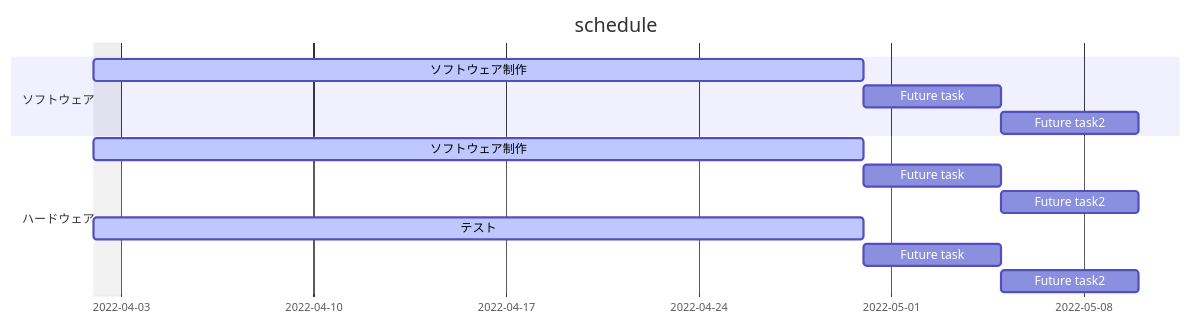
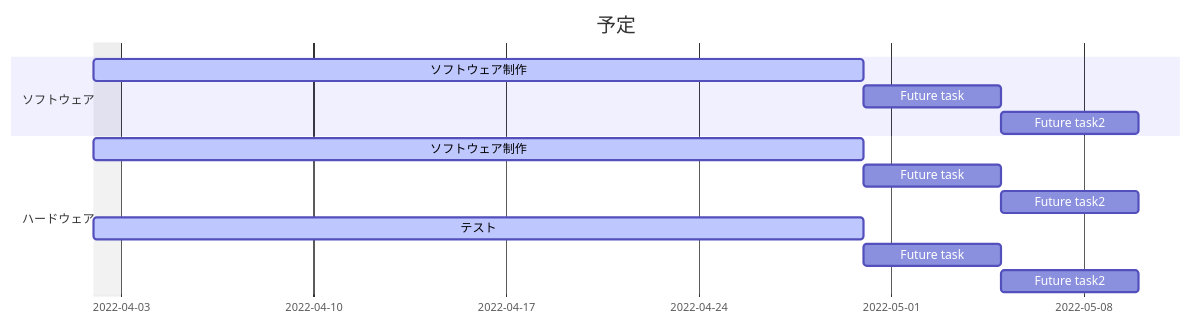
The diagram in README.md (longhao-0ae/longhao-app), drawn with Mermaid before and after one commit. The commit also changed other lines of this file and 4 other files, not shown here.

````diff
--- a/README.md
+++ b/README.md
@@ -3,17 +3,17 @@
 ```mermaid
 gantt  
 dateFormat YYYY-MM-DD
-title schedule
+title 予定
 excludes weekdays 2022-04-02
 	section ソフトウェア
 ソフトウェア制作 :active,  des2, 2022-04-02, 28d  
 Future task : des3, after des2, 5d  
 Future task2 : des4, after des3, 5d
 	section ハードウェア
 ソフトウェア制作 :active,  des2, 2022-04-02, 28d  
 Future task : des3, after des2, 5d  
 Future task2 : des4, after des3, 5d
 テスト :active,  des2, 2022-04-02, 28d  
 Future task : des3, after des2, 5d  
 Future task2 : des4, after des3, 5d
 ```
````
